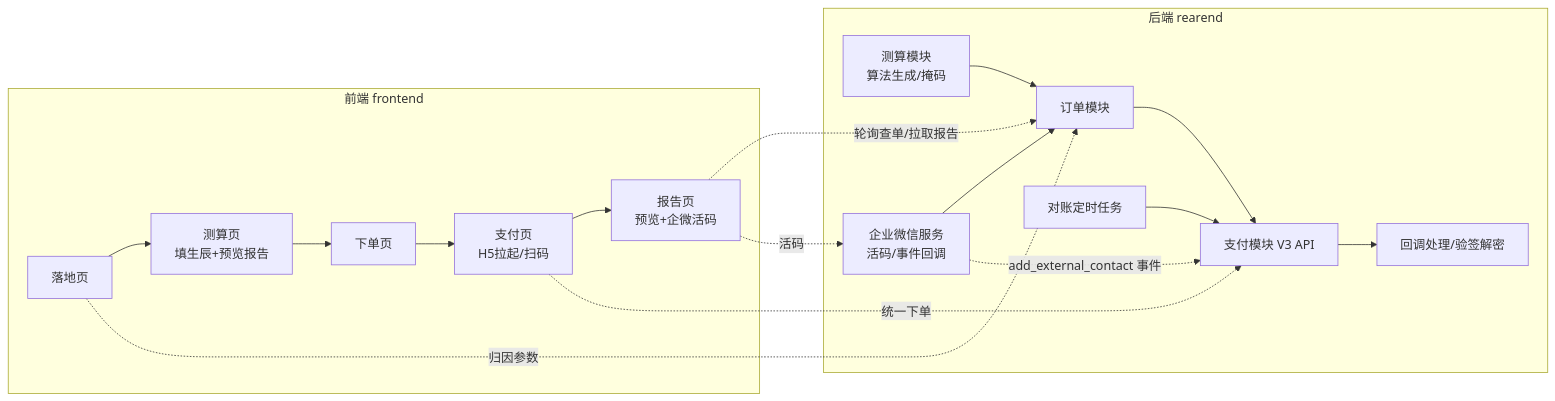
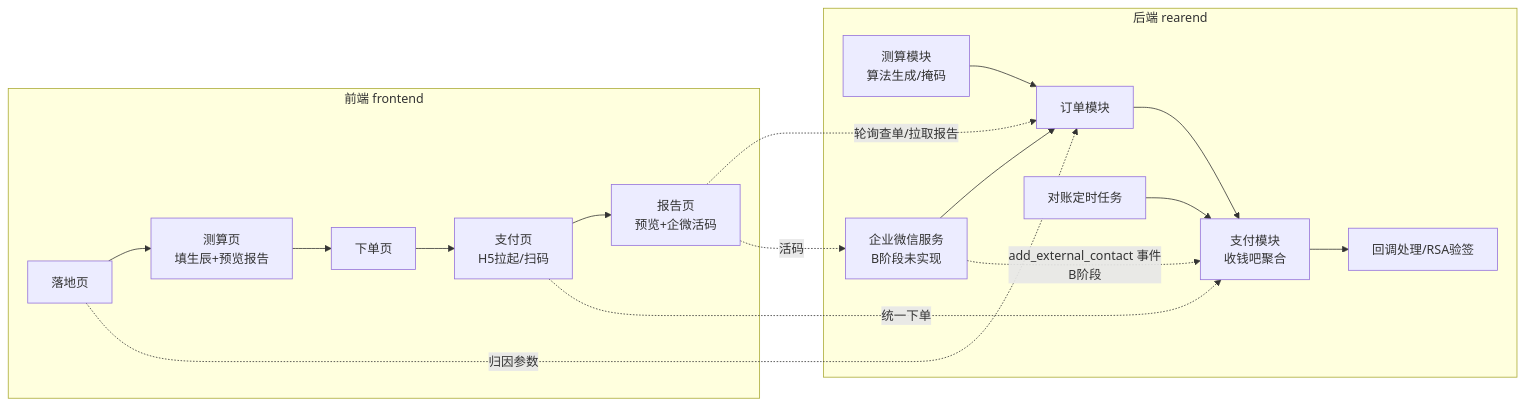
Before and after one commit to LiquorXR/yycs: the second of 5 diagrams in doc/开发文档.md, drawn with Mermaid. The commit also changed other lines of this file and 28 other files, not shown here.

````diff
--- a/doc/开发文档.md
+++ b/doc/开发文档.md
@@ -59,21 +59,21 @@
 ```mermaid
 graph LR
     subgraph 前端 frontend
         L[落地页] --> T[测算页<br/>填生辰+预览报告]
         T --> O[下单页]
         O --> P[支付页<br/>H5拉起/扫码]
         P --> R[报告页<br/>预览+企微活码]
     end
     subgraph 后端 rearend
         M[测算模块<br/>算法生成/掩码] --> A[订单模块]
-        A --> B[支付模块 V3 API]
-        B --> C[回调处理/验签解密]
+        A --> B[支付模块<br/>收钱吧聚合]
+        B --> C[回调处理/RSA验签]
         E[对账定时任务] --> B
-        W[企业微信服务<br/>活码/事件回调] --> A
+        W[企业微信服务<br/>B阶段未实现] --> A
     end
     P -.统一下单.-> B
     R -.轮询查单/拉取报告.-> A
     R -.活码.-> W
-    W -.add_external_contact 事件.-> B
+    W -.add_external_contact 事件<br/>B阶段.-> B
     L -.归因参数.-> A
 ```
````
